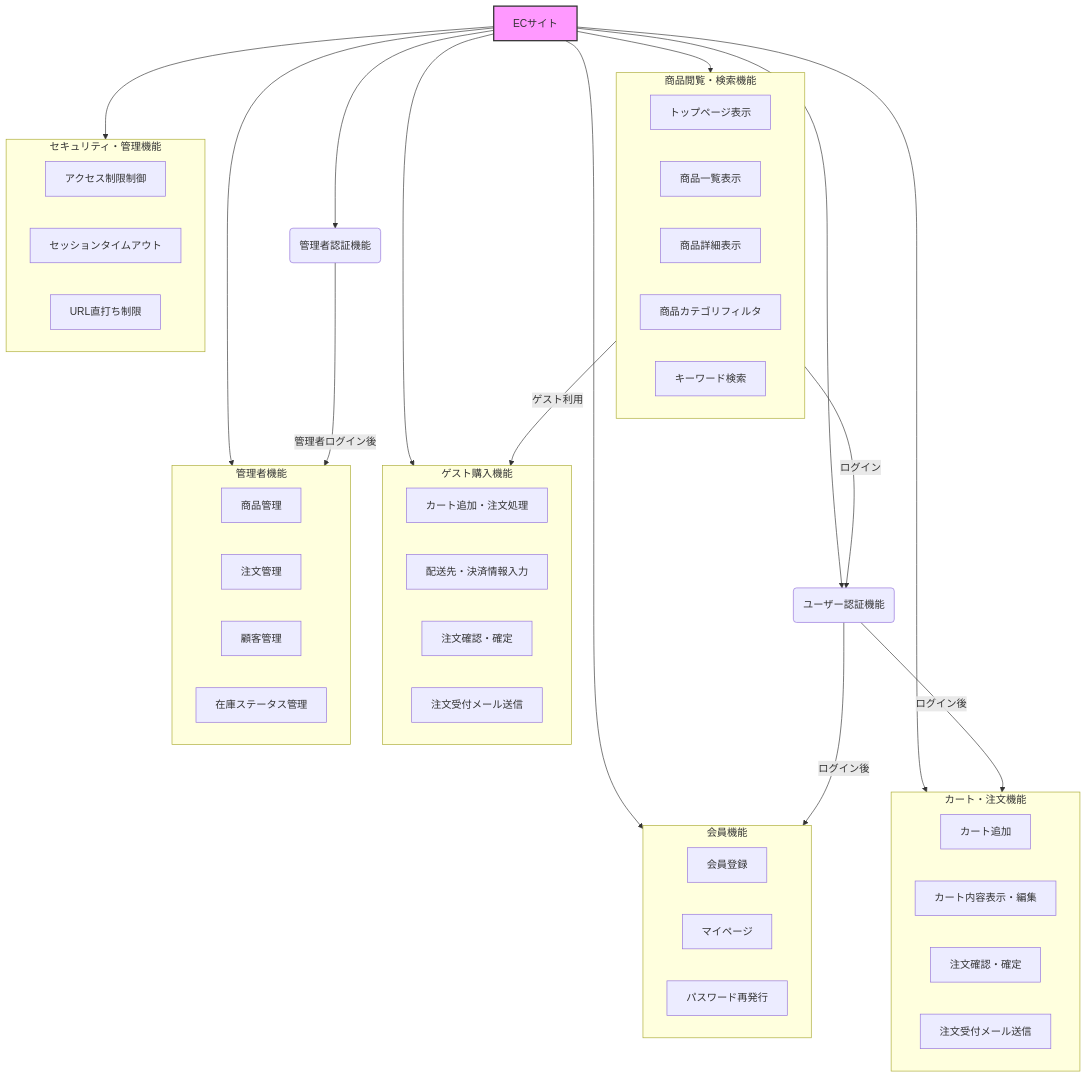
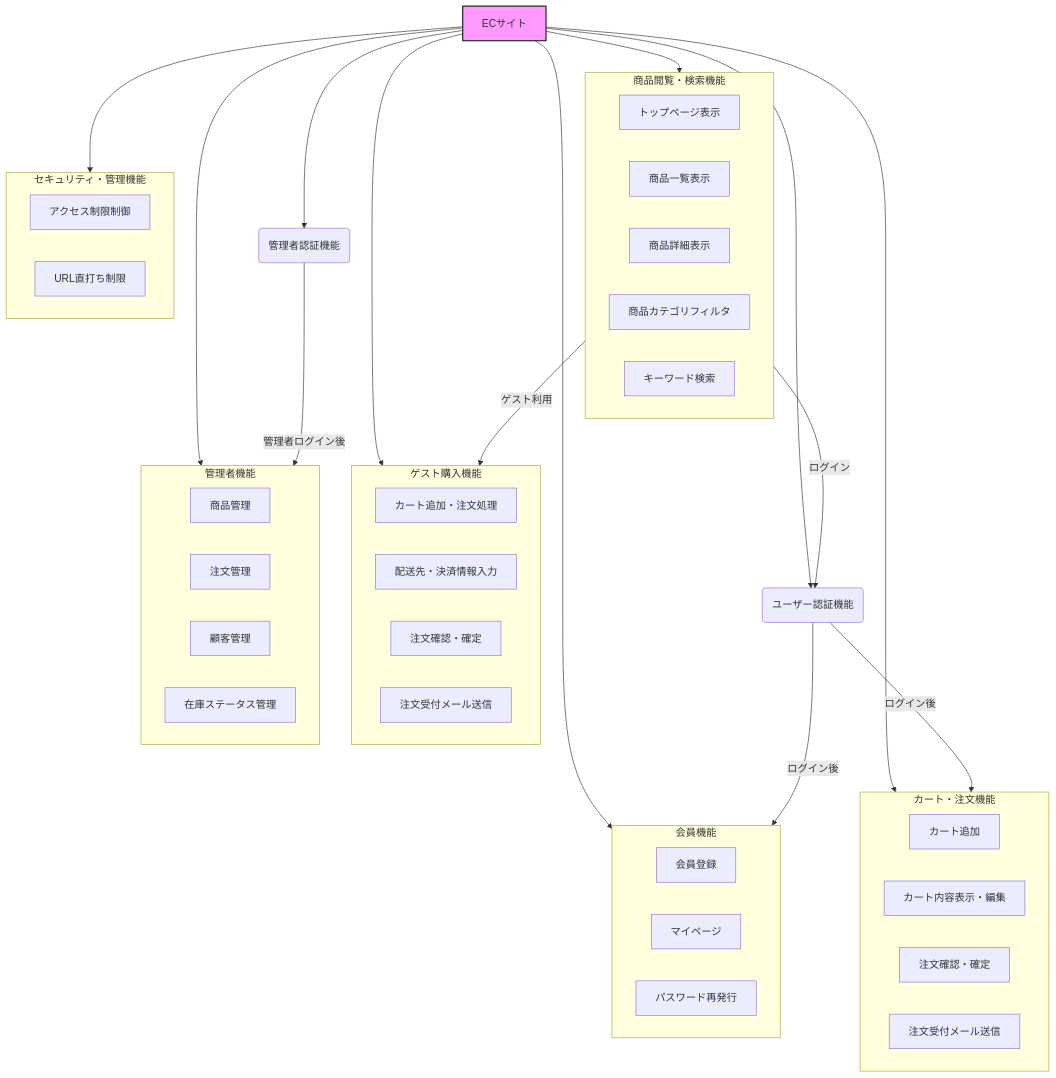
Before and after one commit to Hinako-Kimura127/neko: the first of 6 diagrams in 基本設計/基本設計.md, drawn with Mermaid. The commit also changed other lines of this file, not shown here.

```diff
--- a/基本設計/基本設計.md
+++ b/基本設計/基本設計.md
@@ -118,60 +119,59 @@
 <div class="mermaid">
 graph TD
     A[ECサイト] --> B(商品閲覧・検索機能)
     A --> C(会員機能)
     A --> D(カート・注文機能)
     A --> E(ゲスト購入機能)
     A --> F(管理者機能)
     A --> G(ユーザー認証機能)
     A --> H(管理者認証機能)
     A --> I(セキュリティ・管理機能)
 
     subgraph B[商品閲覧・検索機能]
         B1[トップページ表示]
         B2[商品一覧表示]
         B3[商品詳細表示]
         B4[商品カテゴリフィルタ]
         B5[キーワード検索]
     end
 
     subgraph C[会員機能]
         C1[会員登録]
         C2[マイページ]
         C3[パスワード再発行]
     end
 
     subgraph D[カート・注文機能]
         D1[カート追加]
         D2[カート内容表示・編集]
         D3[注文確認・確定]
         D4[注文受付メール送信]
     end
 
     subgraph E[ゲスト購入機能]
         E1[カート追加・注文処理]
         E2[配送先・決済情報入力]
         E3[注文確認・確定]
         E4[注文受付メール送信]
     end
 
     subgraph F[管理者機能]
         F1[商品管理]
         F2[注文管理]
         F3[顧客管理]
         F4[在庫ステータス管理]
     end
 
     subgraph I[セキュリティ・管理機能]
         G1[アクセス制限制御]
-        G2[セッションタイムアウト]
-        G3[URL直打ち制限]
+        G2[URL直打ち制限]
     end
 
     B -- ゲスト利用 --> E
     B -- ログイン --> G
     G -- ログイン後 --> C
     G -- ログイン後 --> D
     H -- 管理者ログイン後 --> F
 
     style A fill:#f9f,stroke:#333,stroke-width:2px
 </div>
```
